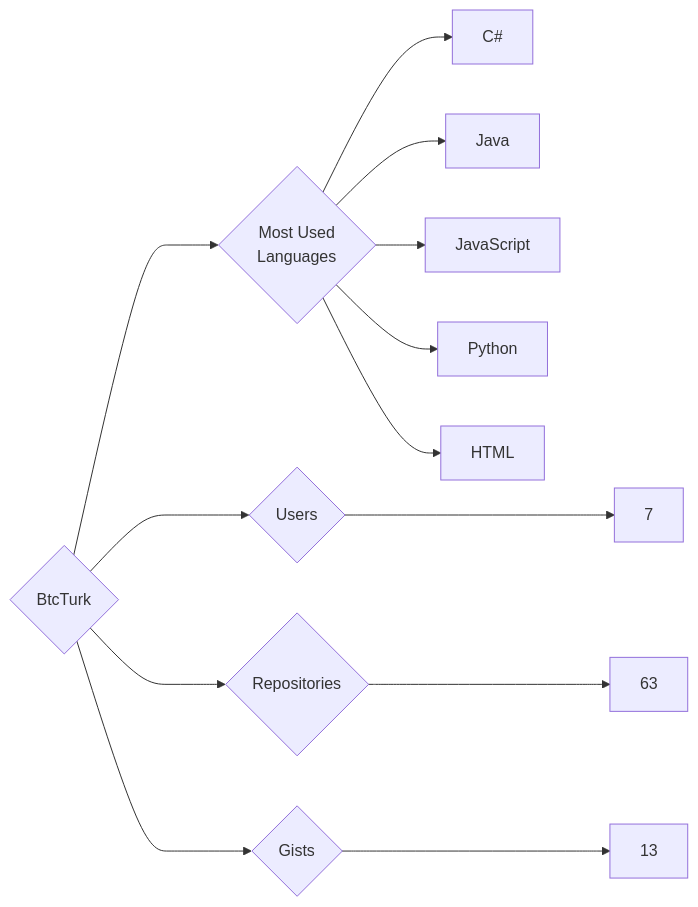
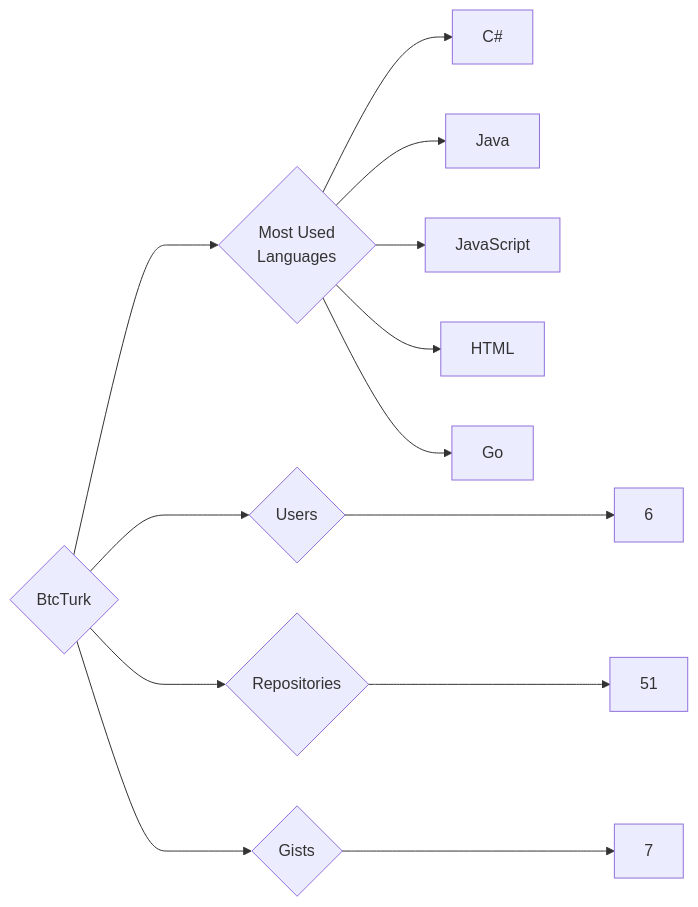
Before and after one commit to trickest/insiders: the diagram in targets/BtcTurk/README.md, drawn with Mermaid. The commit also changed 985 other files, not shown here.

````diff
--- a/targets/BtcTurk/README.md
+++ b/targets/BtcTurk/README.md
@@ -3,13 +3,13 @@
 ```mermaid
 graph LR
 COMPANY_NAME{BtcTurk}
-COMPANY_NAME ---> U{Users} ---> UN[7]
-COMPANY_NAME ---> R{Repositories} ---> RN[63]
-COMPANY_NAME ---> G{Gists} ---> GN[13]
+COMPANY_NAME ---> U{Users} ---> UN[6]
+COMPANY_NAME ---> R{Repositories} ---> RN[51]
+COMPANY_NAME ---> G{Gists} ---> GN[7]
 COMPANY_NAME ---> ML{Most Used<br>Languages}
 ML --> C#[C#]
 ML --> Java[Java]
 ML --> JavaScript[JavaScript]
-ML --> Python[Python]
 ML --> HTML[HTML]
+ML --> Go[Go]
 ```
````
